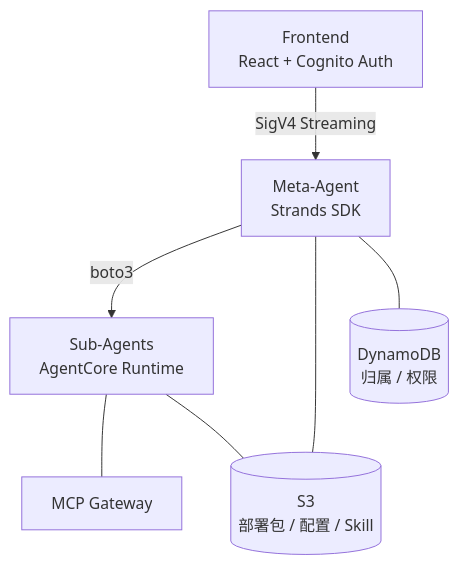
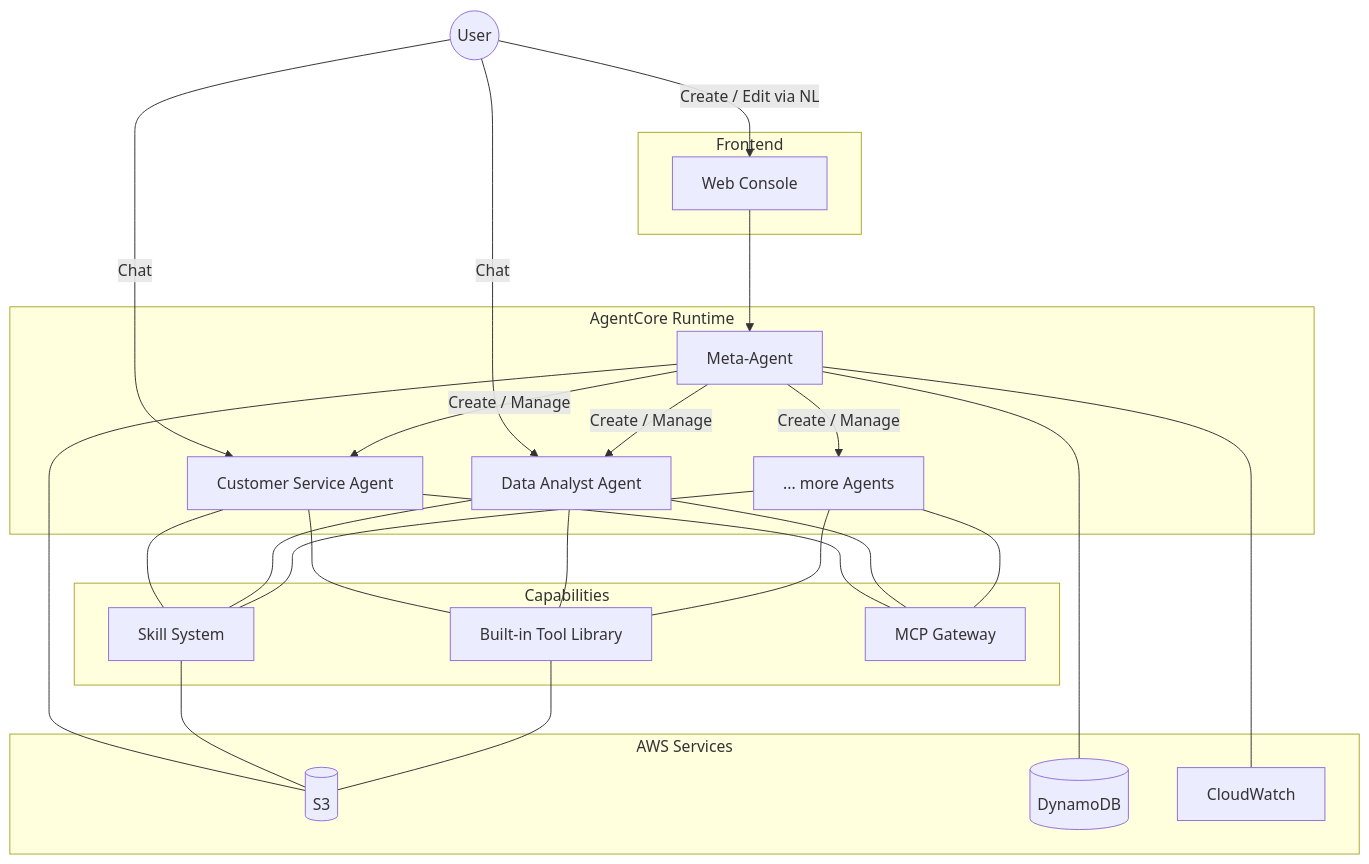
One commit to ddpie/agent-studio changed the second of 2 diagrams in README.md. Above: the diagram before and after it, drawn with Mermaid. The commit also changed other lines of this file and 1 other file, not shown here.

Commit message:
Tool editor: add Meta-Agent AI quality check to Validate button

````diff
--- a/README.md
+++ b/README.md
@@ -7,16 +115,35 @@
 ```mermaid
-graph TD
-    FE[Frontend<br/>React + Cognito Auth]
-    META[Meta-Agent<br/>Strands SDK]
-    SUB[Sub-Agents<br/>AgentCore Runtime]
-    S3[(S3<br/>部署包 / 配置 / Skill)]
-    DDB[(DynamoDB<br/>归属 / 权限)]
-    MCP[MCP Gateway]
+graph TB
+    User((User))
 
-    FE -->|SigV4 Streaming| META
-    META -->|boto3| SUB
-    META --- S3
-    META --- DDB
-    SUB --- MCP
-    SUB --- S3
+    subgraph Frontend
+        FE[Web Console]
+    end
+
+    subgraph AgentCore Runtime
+        META[Meta-Agent]
+        A1[Customer Service Agent]
+        A2[Data Analyst Agent]
+        A3[... more Agents]
+    end
+
+    subgraph Capabilities
+        Skills[Skill System]
+        Tools[Built-in Tool Library]
+        MCP[MCP Gateway]
+    end
+
+    subgraph AWS Services
+        S3[(S3)]
+        DDB[(DynamoDB)]
+        CW[CloudWatch]
+    end
+
+    User -->|Create / Edit via NL| FE
+    User -->|Chat| A1 & A2
+    FE --> META
+    META -->|Create / Manage| A1 & A2 & A3
+    META --- S3 & DDB & CW
+    A1 & A2 & A3 --- Skills & Tools & MCP
+    Skills & Tools --- S3
 ```
````
